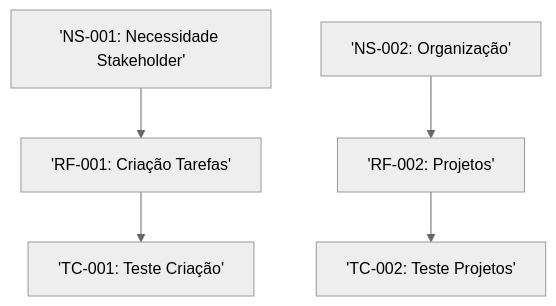
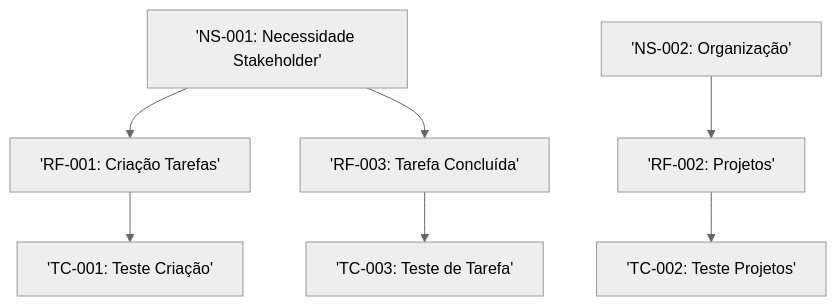
The diagram in DocumentacaoRequisitos/README.md (rafaelgazola/DocumentacaoRequisitos), drawn with Mermaid (neutral theme) before and after one commit. The commit also changed other lines of this file, not shown here.

````diff
--- a/DocumentacaoRequisitos/README.md
+++ b/DocumentacaoRequisitos/README.md
@@ -103,11 +118,14 @@
 ```mermaid
 
 graph TD
 
     NS001['NS-001: Necessidade Stakeholder'] --> RF001['RF-001: Criação Tarefas']
     RF001 --> TC001['TC-001: Teste Criação']
 
     NS002['NS-002: Organização'] --> RF002['RF-002: Projetos']
     RF002 --> TC002['TC-002: Teste Projetos']
 
+    NS001['NS-001: Necessidade Stakeholder'] --> RF003['RF-003: Tarefa Concluída']
+    RF003 --> TC003['TC-003: Teste de Tarefa']
+
 ```
````
